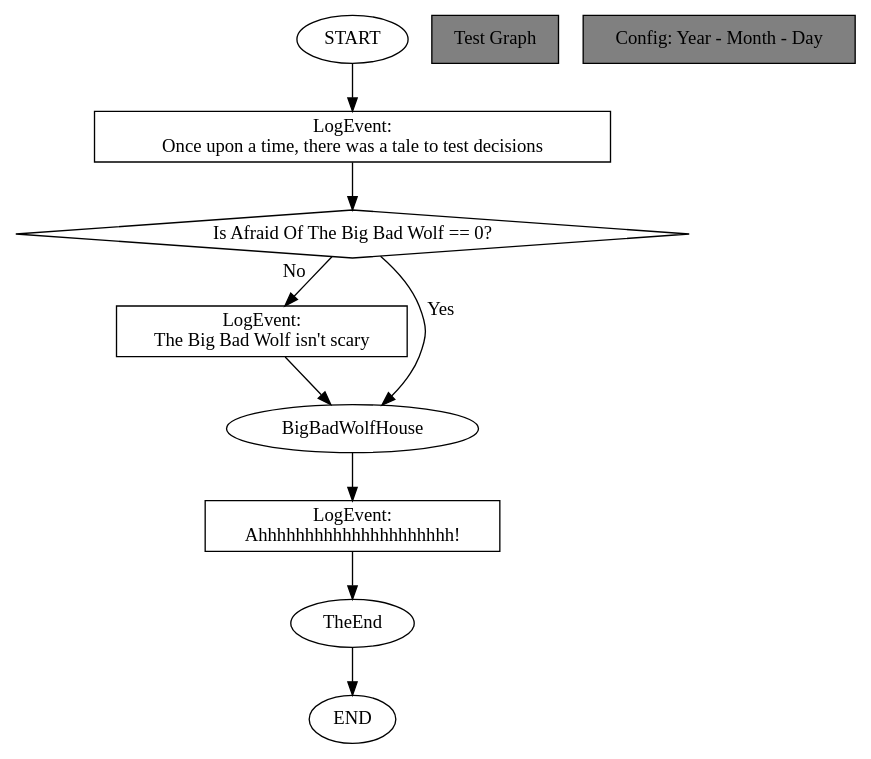
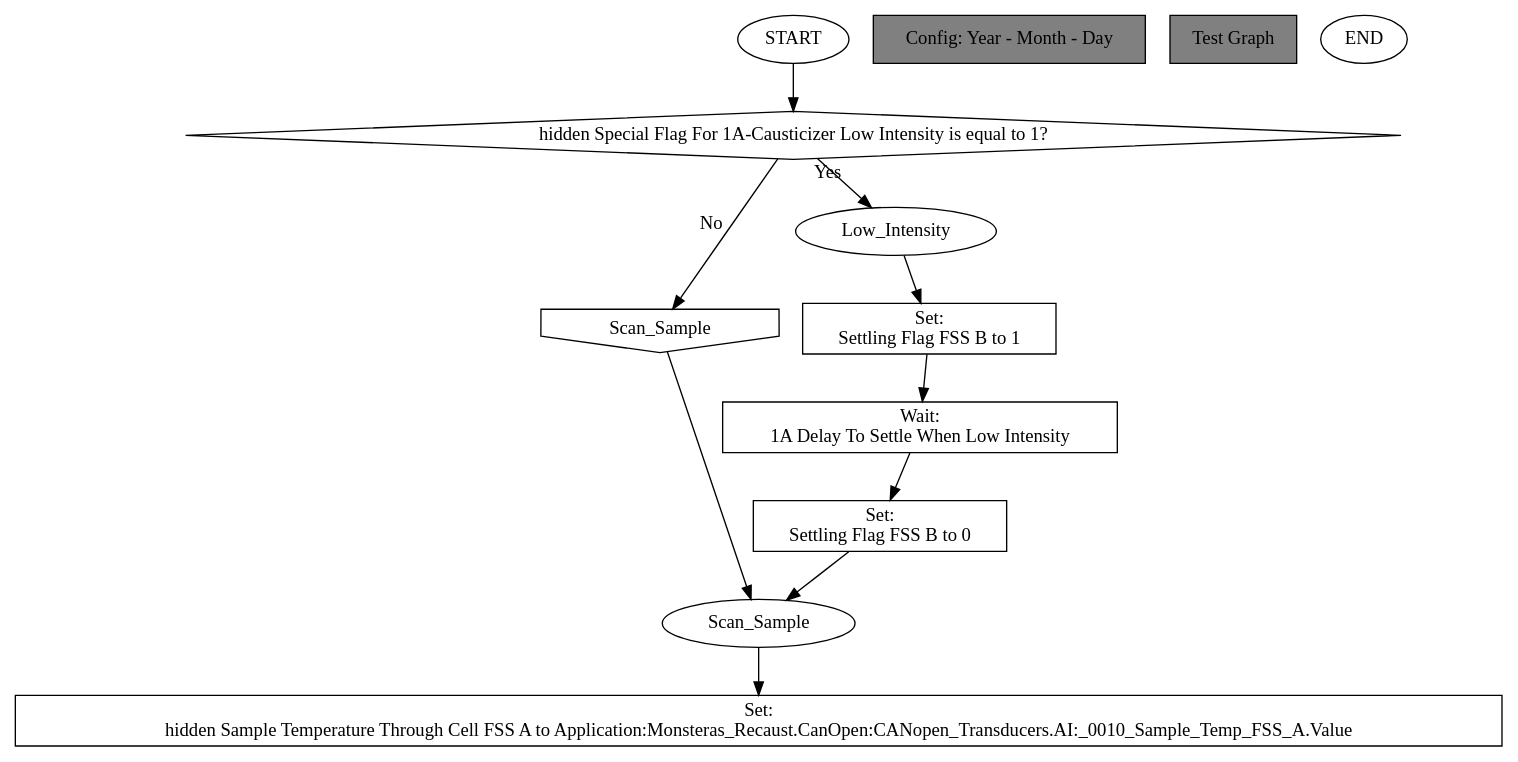
Before and after one commit to backwaterred/TrollDox: the diagram in out/out.dot, drawn with Graphviz. The commit also changed 6 other files, not shown here.

```diff
--- a/out/out.dot
+++ b/out/out.dot
@@ -1,30 +1,34 @@
 digraph {
 
 // Graph Attributes
 graph[page="8,11" ratio=auto fontsize=12 ]
 
 // Nodes
 0[shape="oval"label="START"]
-2[shape="box"label="LogEvent:
-Once upon a time, there was a tale to test decisions"]
-4[shape="diamond"label="Is Afraid Of The Big Bad Wolf == 0?"]
-5[shape="box"label="LogEvent:
-The Big Bad Wolf isn't scary"]
-7[shape="oval"label="BigBadWolfHouse"]
-8[shape="box"label="LogEvent:
-Ahhhhhhhhhhhhhhhhhhhhh!"]
-10[shape="oval"label="TheEnd"]
-99999[shape="box"label="Test Graph"style="filled"fillcolor="grey"]
-99998[shape="box"label="Config: Year - Month - Day"style="filled"fillcolor="grey"]
+4[shape="diamond"label="hidden Special Flag For 1A-Causticizer Low Intensity is equal to 1?"]
+6[shape="invhouse"label="Scan_Sample"]
+8[shape="oval"label="Low_Intensity"]
+9[shape="box"label="Set:
+Settling Flag FSS B to 1"]
+10[shape="box"label="Wait:
+1A Delay To Settle When Low Intensity"]
+11[shape="box"label="Set:
+Settling Flag FSS B to 0"]
+9997[shape="box"label="Config: Year - Month - Day"style="filled"fillcolor="grey"]
+13[shape="oval"label="Scan_Sample"]
+9998[shape="box"label="Test Graph"style="filled"fillcolor="grey"]
+14[shape="box"label="Set:
+hidden Sample Temperature Through Cell FSS A to Application:Monsteras_Recaust.CanOpen:CANopen_Transducers.AI:_0010_Sample_Temp_FSS_A.Value"]
 9999[shape="oval"label="END"]
 
 // Edges
-4 -> 5[xlabel="No"]
-10 -> 9999
-2 -> 4
-8 -> 10
-5 -> 7
-7 -> 8
-4 -> 7[xlabel="Yes"]
-0 -> 2
+6 -> 13
+4 -> 6[xlabel="No"]
+9 -> 10
+8 -> 9
+10 -> 11
+13 -> 14
+11 -> 13
+4 -> 8[xlabel="Yes"]
+0 -> 4
 }
```
